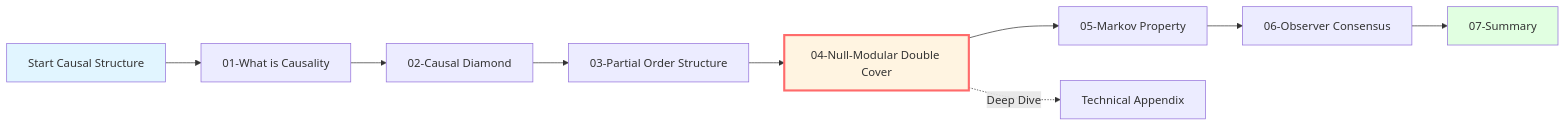
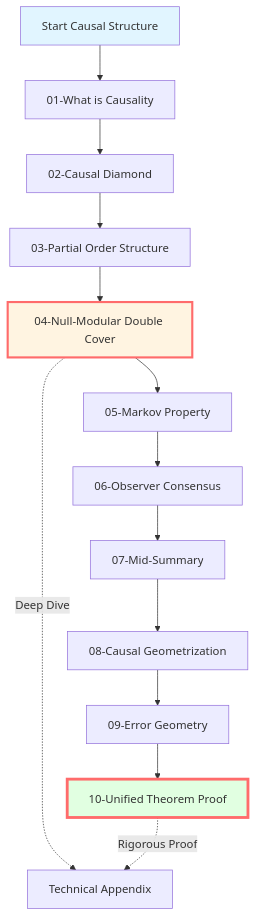
Before and after one commit to loning/zeckendorf-hilbert: the ninth of 9 diagrams in docs/euler-article/gls-union/07-causal-structure/00-causal-overview_en.md, drawn with Mermaid. The commit also changed other lines of this file and 8 other files, not shown here.

````diff
--- a/docs/euler-article/gls-union/07-causal-structure/00-causal-overview_en.md
+++ b/docs/euler-article/gls-union/07-causal-structure/00-causal-overview_en.md
@@ -261,16 +374,21 @@
 ```mermaid
-graph LR
+graph TB
     START["Start Causal Structure"] --> WHAT["01-What is Causality"]
     WHAT --> DIAMOND["02-Causal Diamond"]
     DIAMOND --> ORDER["03-Partial Order Structure"]
     ORDER --> NULL["04-Null-Modular Double Cover"]
     NULL --> MARKOV["05-Markov Property"]
     MARKOV --> OBSERVER["06-Observer Consensus"]
-    OBSERVER --> SUM["07-Summary"]
+    OBSERVER --> SUM1["07-Mid-Summary"]
+
+    SUM1 --> COMPRESS["08-Causal Geometrization"]
+    COMPRESS --> ERROR["09-Error Geometry"]
+    ERROR --> PROOF["10-Unified Theorem Proof"]
 
     NULL -.->|"Deep Dive"| TECH["Technical Appendix"]
+    PROOF -.->|"Rigorous Proof"| TECH
 
     style START fill:#e1f5ff
-    style SUM fill:#e1ffe1
+    style PROOF fill:#e1ffe1,stroke:#ff6b6b,stroke-width:4px
     style NULL fill:#fff4e1,stroke:#ff6b6b,stroke-width:3px
 ```
````
